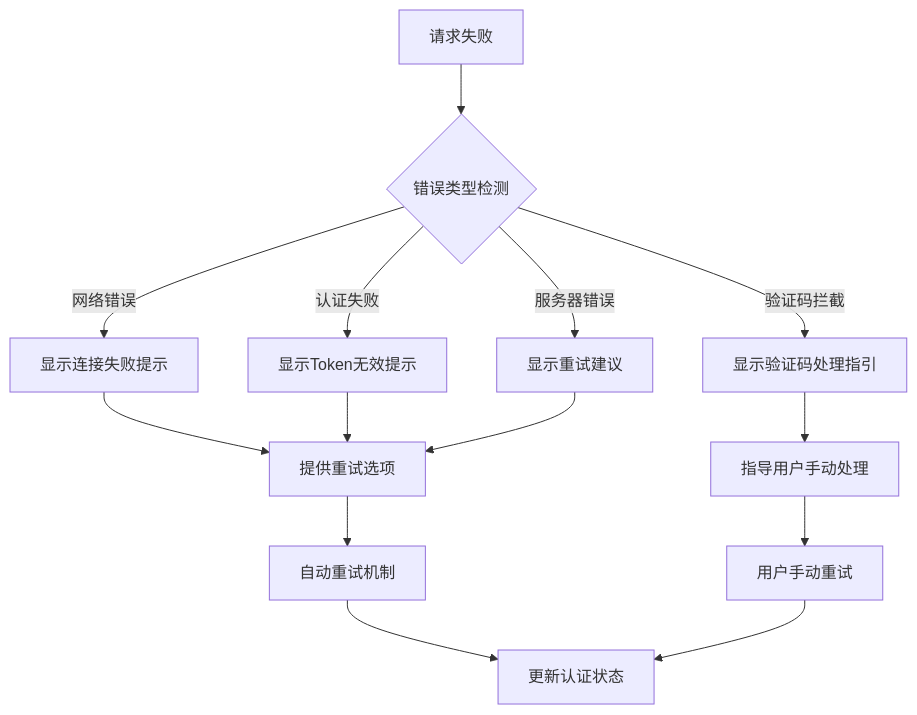
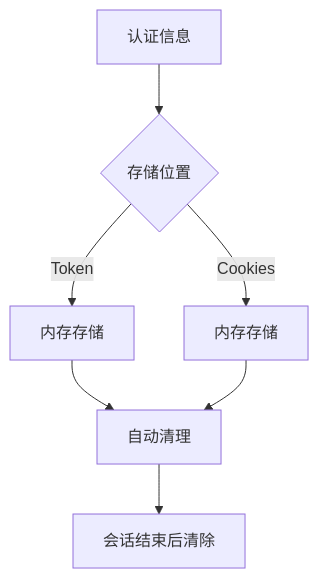
Before and after one commit to 16499259-oss/GLM-sniper: the eighth of 8 diagrams in .qoder/repowiki/zh/content/项目概述/核心功能特性/用户认证管理.md, drawn with Mermaid. The commit also changed other lines of this file and 9 other files, not shown here.

````diff
--- a/.qoder/repowiki/zh/content/项目概述/核心功能特性/用户认证管理.md
+++ b/.qoder/repowiki/zh/content/项目概述/核心功能特性/用户认证管理.md
@@ -305,16 +280,9 @@
 ```mermaid
 flowchart TD
-A[请求失败] --> B{错误类型检测}
-B --> |网络错误| C[显示连接失败提示]
-B --> |认证失败| D[显示Token无效提示]
-B --> |验证码拦截| E[显示验证码处理指引]
-B --> |服务器错误| F[显示重试建议]
-C --> G[提供重试选项]
-D --> G
-E --> H[指导用户手动处理]
-F --> G
-G --> I[自动重试机制]
-H --> J[用户手动重试]
-I --> K[更新认证状态]
-J --> K
+A[认证信息] --> B{存储位置}
+B --> |Token| C[内存存储]
+B --> |Cookies| D[内存存储]
+C --> E[自动清理]
+D --> E
+E --> F[会话结束后清除]
 ```
````
